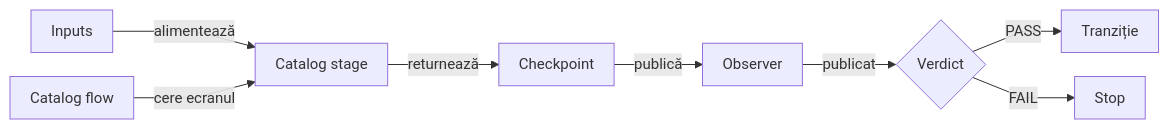
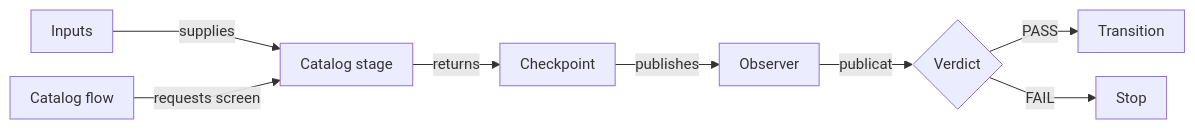
Before and after one commit to crististefanita/atf_j0: the third of 13 diagrams in atf-test-practice-shop/README.md, drawn with Mermaid. The commit also changed other lines of this file and 113 other files, not shown here.

````diff
--- a/atf-test-practice-shop/README.md
+++ b/atf-test-practice-shop/README.md
@@ -305,11 +333,11 @@
 ```mermaid
 %%{init: {"themeVariables":{"fontSize":"15px"},"themeCSS":".nodeLabel, .nodeLabel p { font-size: 15px !important; line-height: 1.35 !important; } .edgeLabel, .edgeLabel p { font-size: 12px !important; font-weight: 400 !important; line-height: 1.2 !important; } .edgeLabel .labelBkg, .edgeLabel p { background: transparent !important; } .edgeLabel foreignObject { transform: translateY(-18px); overflow: visible; } .node rect { rx: 6px; ry: 6px; }","flowchart":{"curve":"linear","nodeSpacing":24,"rankSpacing":40,"padding":10,"diagramPadding":16}}}%%
 flowchart LR
-    Inputs["Inputs"] -->|alimentează| UI["Catalog stage"]
-    Flow["Catalog flow"] -->|cere ecranul| UI
-    UI -->|returnează| Checkpoint["Checkpoint"]
-    Checkpoint -->|publică| Report["Observer"]
+    Inputs["Inputs"] -->|supplies| UI["Catalog stage"]
+    Flow["Catalog flow"] -->|requests screen| UI
+    UI -->|returns| Checkpoint["Checkpoint"]
+    Checkpoint -->|publishes| Report["Observer"]
     Report -->|publicat| Gate{"Verdict"}
-    Gate -->|PASS| Next["Tranziție"]
+    Gate -->|PASS| Next["Transition"]
     Gate -->|FAIL| Stop["Stop"]
 ```
````
